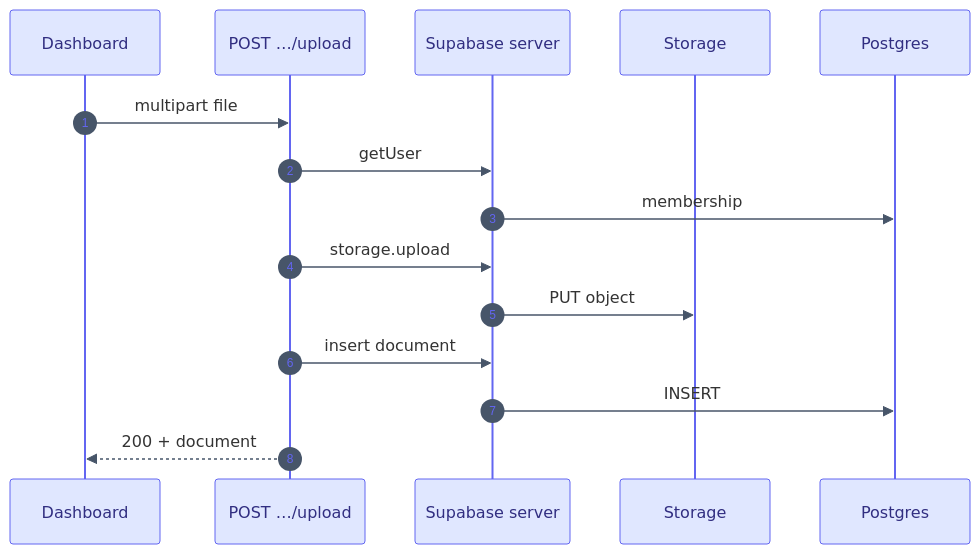
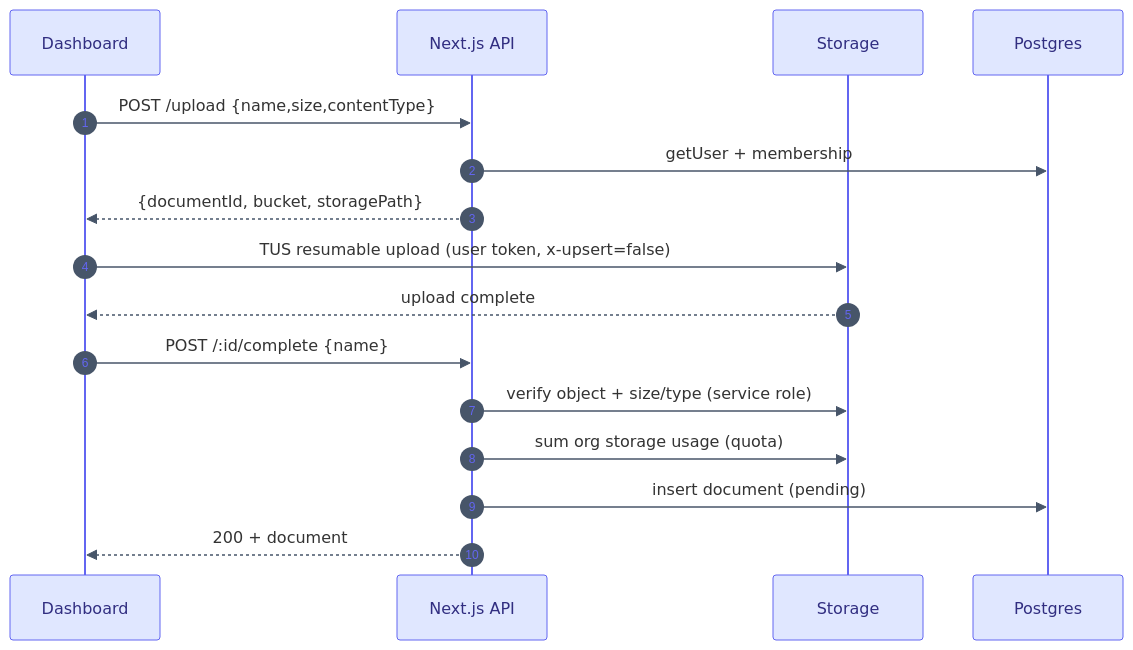
Before and after one commit to parmeet1402/ai-workflow-platform: the fifth of 7 diagrams in docs/document-management.md, drawn with Mermaid. The commit also changed other lines of this file and 17 other files, not shown here.

Commit message:
fix: direct-to-Storage resumable uploads with org-scoped RLS, quotas, and chunk truncation

````diff
--- a/docs/document-management.md
+++ b/docs/document-management.md
@@ -243,28 +271,29 @@
 ```mermaid
 %%{init: {
   "theme": "base",
   "themeVariables": {
     "actorBkg": "#e0e7ff",
     "actorBorder": "#6366f1",
     "actorTextColor": "#312e81",
     "signalColor": "#475569",
     "sequenceNumberColor": "#6366f1"
   }
 }}%%
 sequenceDiagram
   autonumber
   participant UI as Dashboard
-  participant API as POST …/upload
-  participant SB as Supabase server
+  participant API as Next.js API
   participant ST as Storage
   participant DB as Postgres
 
-  UI->>API: multipart file
-  API->>SB: getUser
-  SB->>DB: membership
-  API->>SB: storage.upload
-  SB->>ST: PUT object
-  API->>SB: insert document
-  SB->>DB: INSERT
+  UI->>API: POST /upload {name,size,contentType}
+  API->>DB: getUser + membership
+  API-->>UI: {documentId, bucket, storagePath}
+  UI->>ST: TUS resumable upload (user token, x-upsert=false)
+  ST-->>UI: upload complete
+  UI->>API: POST /:id/complete {name}
+  API->>ST: verify object + size/type (service role)
+  API->>ST: sum org storage usage (quota)
+  API->>DB: insert document (pending)
   API-->>UI: 200 + document
 ```
````
